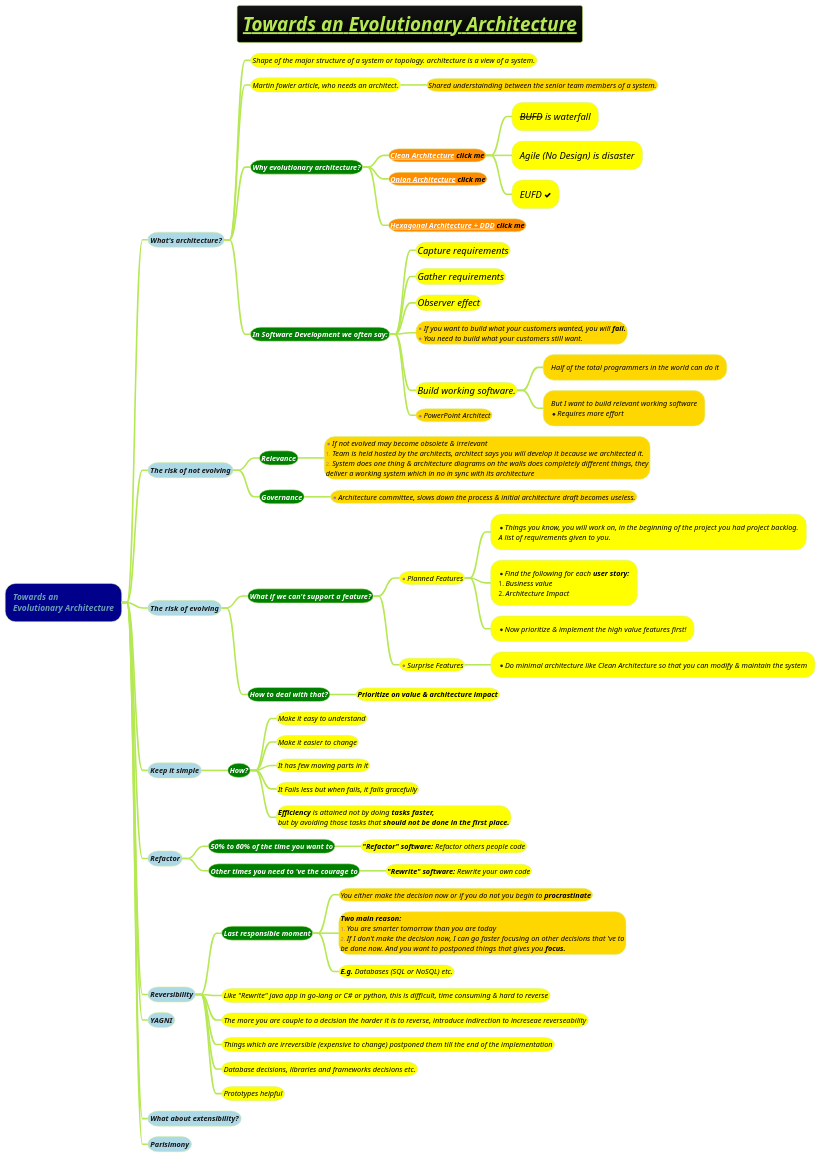
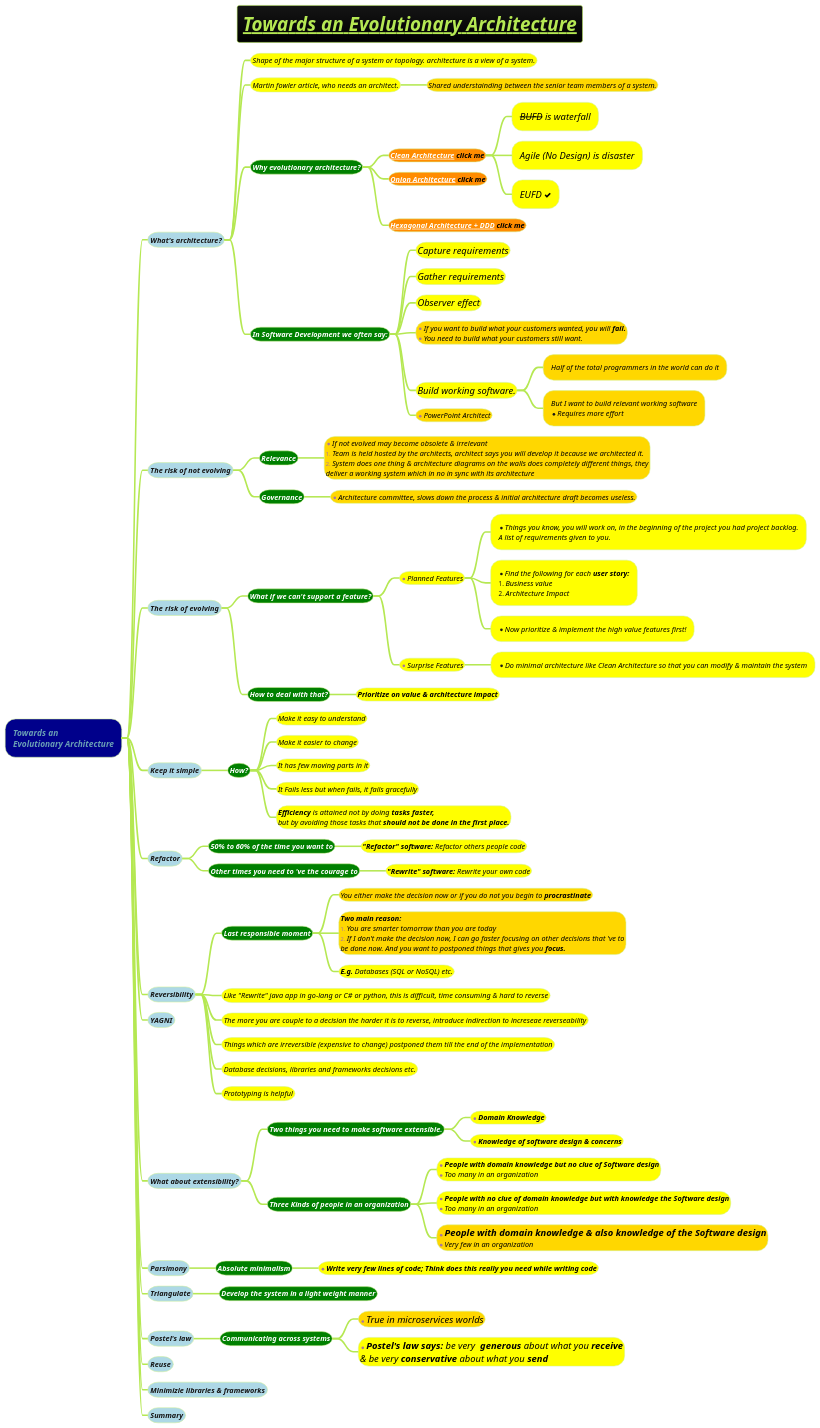
The diagram in docs/3-programming-languages/Venkat-Subramaniam/Towards-an-Evolutionary-Architecture.puml (MehmoodHashmi/Documentation-as-Code-DaC), drawn with PlantUML before and after one commit.

```diff
--- a/docs/3-programming-languages/Venkat-Subramaniam/Towards-an-Evolutionary-Architecture.puml
+++ b/docs/3-programming-languages/Venkat-Subramaniam/Towards-an-Evolutionary-Architecture.puml
@@ -1,70 +1,88 @@
 @startmindmap
 title =<i><b><u>Towards an Evolutionary Architecture
 !theme hacker
 
 *[#darkblue] <i>Towards an \n<i>Evolutionary Architecture
 **[#lightblue] <i><color #blac><size:14>What's architecture?
 ***[#yellow] <i><color #black><size:14>Shape of the major structure of a system or topology. architecture is a view of a system.
 ***[#yellow] <i><color #black><size:14>Martin fowler article, who needs an architect.
 ****[#gold] <i><color #black><size:14>Shared understainding between the senior team members of a system.
 ***[#green] <b><i><color #white><size:14>Why evolutionary architecture?
 ****[#darkorange] <b><i><color #black><size:14>[[docs/3-programming-languages/Venkat-Subramaniam/images/img_27.png Clean Architecture]] click me
 *****[#yellow] <i><color #black><size:18>--BUFD-- is waterfall
 *****[#yellow] <i><color #black><size:18>Agile (No Design) is disaster
 *****[#yellow] <i><color #black><size:18>EUFD <&check>
 ****[#darkorange] <b><i><color #black><size:14>[[docs/3-programming-languages/Venkat-Subramaniam/images/img_26.png Onion Architecture]] click me
 ****[#darkorange] <i><color #black><size:14><b>[[docs/3-programming-languages/Venkat-Subramaniam/images/img_26.png Hexagonal Architecture + DDD]] click me
 ***[#green] <b><i><color #white><size:14>In Software Development we often say:
 ****[#yellow] <i><color #black><size:18>Capture requirements
 ****[#yellow] <i><color #black><size:18>Gather requirements
 ****[#yellow] <i><color #black><size:18>Observer effect
 ****[#gold] *<i><color #black><size:14>If you want to build what your customers wanted, you will <b>fail.\n*<i><color #black><size:14>You need to build what your customers still want.
 ****[#yellow] <i><color #black><size:18>Build working software.
 *****[#gold] <i><color #black><size:14>Half of the total programmers in the world can do it
 *****[#gold] <i><color #black><size:14>But I want to build relevant working software\n*<i><color #black><size:14>Requires more effort
 ****[#gold] *<i><color #black><size:14>PowerPoint Architect
 **[#lightblue] <i><color #blac><size:14>The risk of not evolving
 ***[#green] <b><i><color #white><size:14>Relevance
 ****[#gold]:*<i><color #black><size:14>If not evolved may become obsolete & irrelevant
 #<i><color #black><size:14>Team is held hosted by the architects, architect says you will develop it because we architected it.
 #<i><color #black><size:14>System does one thing & architecture diagrams on the walls does completely different things, they
 <i><color #black><size:14>deliver a working system which in no in sync with its architecture ;
 ***[#green] <b><i><color #white><size:14>Governance
 ****[#gold] *<i><color #black><size:14>Architecture committee, slows down the process & initial architecture draft becomes useless.
 **[#lightblue] <i><color #blac><size:14>The risk of  evolving
 ***[#green] <b><i><color #white><size:14>What if we can't support a feature?
 ****[#yellow] *<i><color #black><size:14>Planned Features
 *****[#yellow] *<i><color #black><size:14>Things you know, you will work on, in the beginning of the project you had project backlog. \n<i><color #black><size:14>A list of requirements given to you.
 *****[#yellow] *<i><color #black><size:14>Find the following for each <b>user story:\n#<i><color #black><size:14>Business value\n#<i><color #black><size:14>Architecture Impact
 *****[#yellow] *<i><color #black><size:14>Now prioritize & implement the high value features first!
 ****[#yellow] *<i><color #black><size:14>Surprise Features
 *****[#yellow] *<i><color #black><size:14>Do minimal architecture like Clean Architecture so that you can modify & maintain the system
 ***[#green] <i><color #white><b><size:14>How to deal with that?
 ****[#yellow] <b><i><color #black><size:14>Prioritize on value & architecture impact
 **[#lightblue] <i><color #blac><size:14>Keep it simple
 ***[#green] <i><color #white><b><size:14>How?
 ****[#yellow] <i><color #black><size:14>Make it easy to understand
 ****[#yellow] <i><color #black><size:14>Make it easier to change
 ****[#yellow] <i><color #black><size:14>It has few moving parts in it
 ****[#yellow] <i><color #black><size:14>It Fails less but when fails, it fails gracefully
 ****[#yellow] <i><color #black><size:14><b>Efficiency</b> is attained not by doing <b>tasks faster,\n<i><color #black><size:14>but by avoiding those tasks that <b>should not be done in the first place.
 **[#lightblue] <i><color #blac><size:14>Refactor
 ***[#green] <b><i><color #white><size:14>50% to 60% of the time you want to
 ****[#yellow] <i><color #black><size:14><b>"Refactor" software:</b> Refactor others people code
 ***[#green] <b><i><color #white><size:14>Other times you need to 've the courage to
 ****[#yellow] <i><color #black><size:14><b>"Rewrite" software:</b> Rewrite your own code
 **[#lightblue] <i><color #blac><size:14>Reversibility
 ***[#green] <b><i><color #white><size:14>Last responsible moment
 ****[#gold] <i><color #black><size:14>You either make the decision now or if you do not you begin to <b>procrastinate
 ****[#gold] <i><color #black><size:14><b>Two main reason: \n#<i><color #black><size:14>You are smarter tomorrow than you are today\n#<i><color #black><size:14>If I don't make the decision now, I can go faster focusing on other decisions that 've to \n<i><color #black><size:14>be done now. And you want to postponed things that gives you <b>focus.
 ****[#yellow] <i><color #black><size:14><b>E.g.</b> Databases (SQL or NoSQL) etc.
 ***[#yellow] <i><color #black><size:14>Like "Rewrite" java app in go-lang or C# or python, this is difficult, time consuming & hard to reverse
 ***[#yellow] <i><color #black><size:14>The more you are couple to a decision the harder it is to reverse, introduce indirection to increseae reverseability
 ***[#yellow] <i><color #black><size:14>Things which are irreversible (expensive to change) postponed them till the end of the implementation
 ***[#yellow] <i><color #black><size:14>Database decisions, libraries and frameworks decisions etc.
-***[#yellow] <i><color #black><size:14>Prototypes helpful
+***[#yellow] <i><color #black><size:14>Prototyping is helpful
 **[#lightblue] <i><color #blac><size:14>YAGNI
 **[#lightblue] <i><color #blac><size:14>What about extensibility?
-**[#lightblue] <i><color #blac><size:14>Parisimony
+***[#green] <i><color #white><b><size:14>Two things you need to make software extensible.
+****[#yellow] *<i><color #black><size:14><b>Domain Knowledge
+****[#yellow] *<i><color #black><size:14><b>Knowledge of software design & concerns
+***[#green] <i><color #white><b><size:14>Three Kinds of people in an organization
+****[#yellow] *<i><color #black><size:14><b>People with domain knowledge but no clue of Software design\n*<i><color #black><size:14>Too many in an organization
+****[#yellow] *<i><color #black><size:14><b>People with no clue of domain knowledge but with knowledge the Software design\n*<i><color #black><size:14>Too many in an organization
+****[#gold] *<i><color #black><size:18><b>People with domain knowledge & also knowledge of the Software design\n*<i><color #black><size:14>Very few in an organization
+**[#lightblue] <i><color #blac><size:14>Parsimony
+***[#green] <i><color #white><b><size:14>Absolute minimalism
+****[#yellow] *<i><color #black><size:14><b>Write very few lines of code; Think does this really you need while writing code
+**[#lightblue] <i><color #blac><size:14>Triangulate
+***[#green] <i><color #white><b><size:14>Develop the system in a light weight manner
+**[#lightblue] <i><color #blac><size:14>Postel's law
+***[#green] <i><color #white><b><size:14>Communicating across systems
+****[#gold] *<i><color #black><size:18>True in microservices worlds
+****[#yellow] *<i><color #black><size:18><b>Postel's law says:</b> be very  <b>generous</b> about what you <b>receive\n<i><color #black><size:18>& be very <b>conservative</b> about what you <b>send
+**[#lightblue] <i><color #blac><size:14>Reuse
+**[#lightblue] <i><color #blac><size:14>Minimizie libraries & frameworks
+**[#lightblue] <i><color #blac><size:14>Summary
 
 @endmindmap
```
